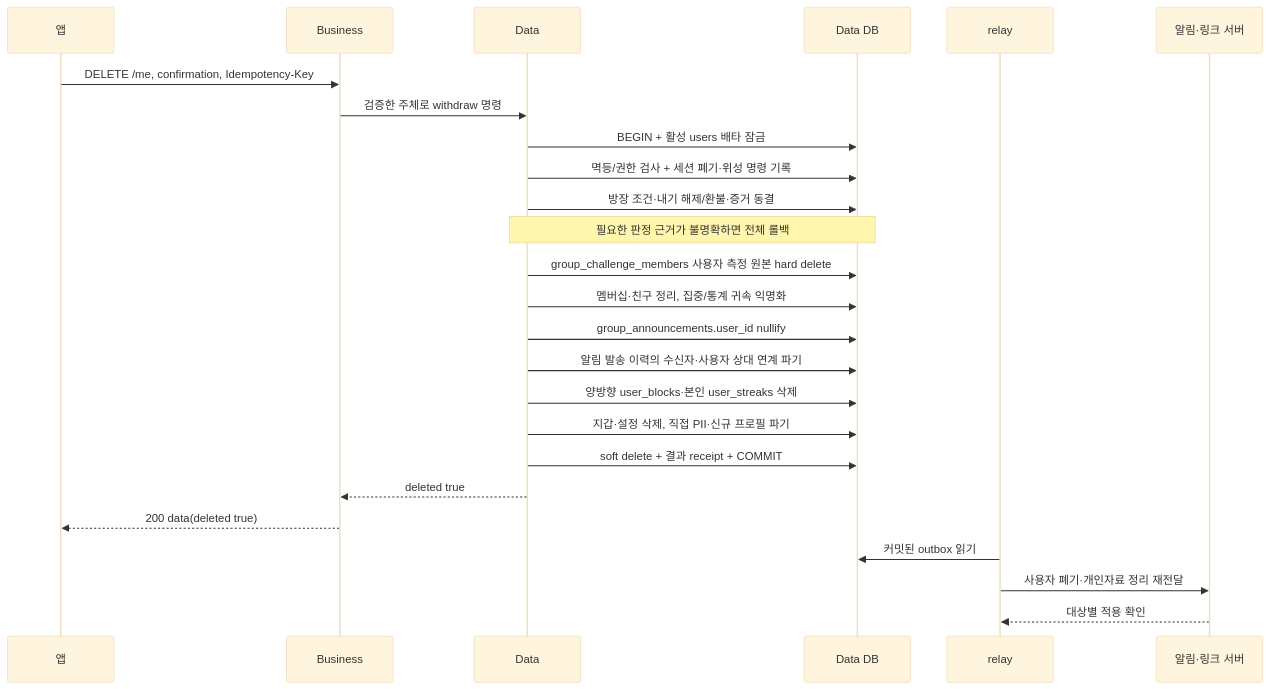
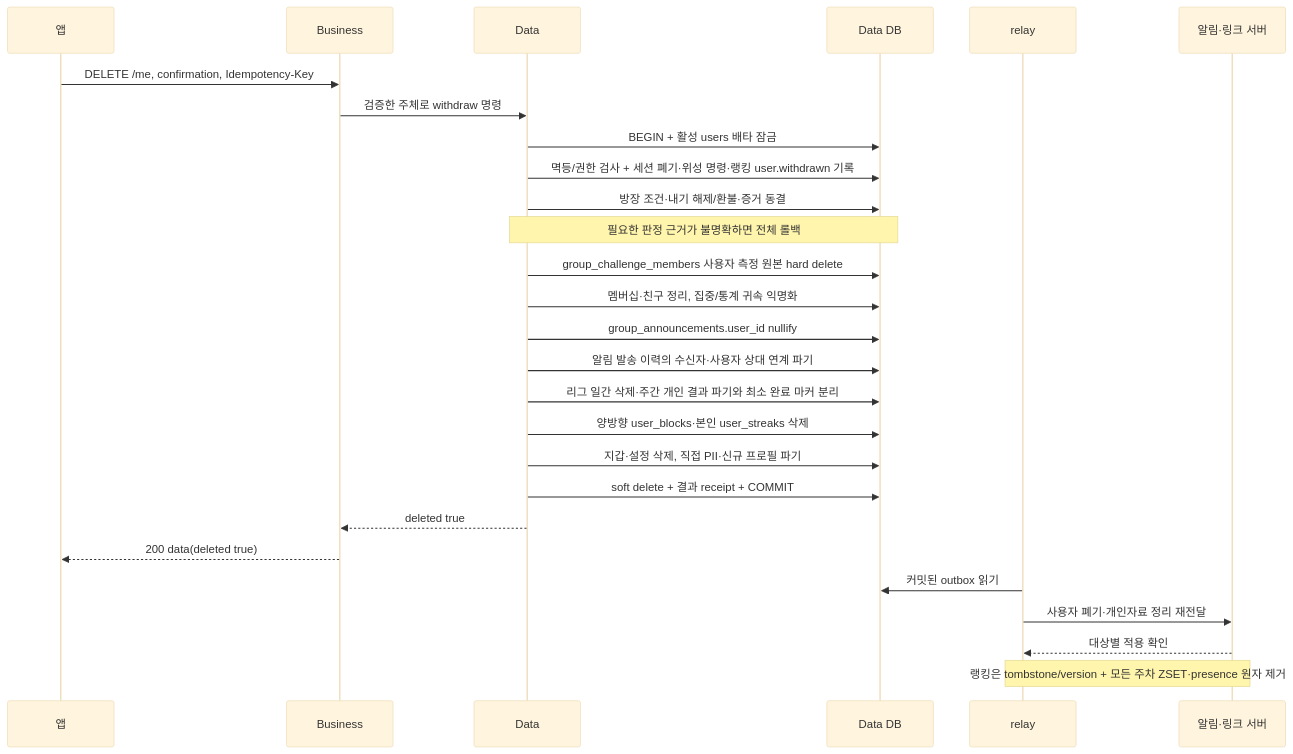
The fourth of 5 diagrams in docs/prd/account/high-level-design.md (OneOrThree/phone), drawn with Mermaid (base theme) before and after one commit. The commit also changed other lines of this file and 3 other files, not shown here.

````diff
--- a/docs/prd/account/high-level-design.md
+++ b/docs/prd/account/high-level-design.md
@@ -103,27 +103,29 @@
 ```mermaid
 sequenceDiagram
     participant A as 앱
     participant B as Business
     participant D as Data
     participant DB as Data DB
     participant R as relay
     participant S as 알림·링크 서버
     A->>B: DELETE /me, confirmation, Idempotency-Key
     B->>D: 검증한 주체로 withdraw 명령
     D->>DB: BEGIN + 활성 users 배타 잠금
-    D->>DB: 멱등/권한 검사 + 세션 폐기·위성 명령 기록
+    D->>DB: 멱등/권한 검사 + 세션 폐기·위성 명령·랭킹 user.withdrawn 기록
     D->>DB: 방장 조건·내기 해제/환불·증거 동결
     Note over D,DB: 필요한 판정 근거가 불명확하면 전체 롤백
     D->>DB: group_challenge_members 사용자 측정 원본 hard delete
     D->>DB: 멤버십·친구 정리, 집중/통계 귀속 익명화
     D->>DB: group_announcements.user_id nullify
     D->>DB: 알림 발송 이력의 수신자·사용자 상대 연계 파기
+    D->>DB: 리그 일간 삭제·주간 개인 결과 파기와 최소 완료 마커 분리
     D->>DB: 양방향 user_blocks·본인 user_streaks 삭제
     D->>DB: 지갑·설정 삭제, 직접 PII·신규 프로필 파기
     D->>DB: soft delete + 결과 receipt + COMMIT
     D-->>B: deleted true
     B-->>A: 200 data(deleted true)
     R->>DB: 커밋된 outbox 읽기
     R->>S: 사용자 폐기·개인자료 정리 재전달
     S-->>R: 대상별 적용 확인
+    Note over R,S: 랭킹은 tombstone/version + 모든 주차 ZSET·presence 원자 제거
 ```
````
